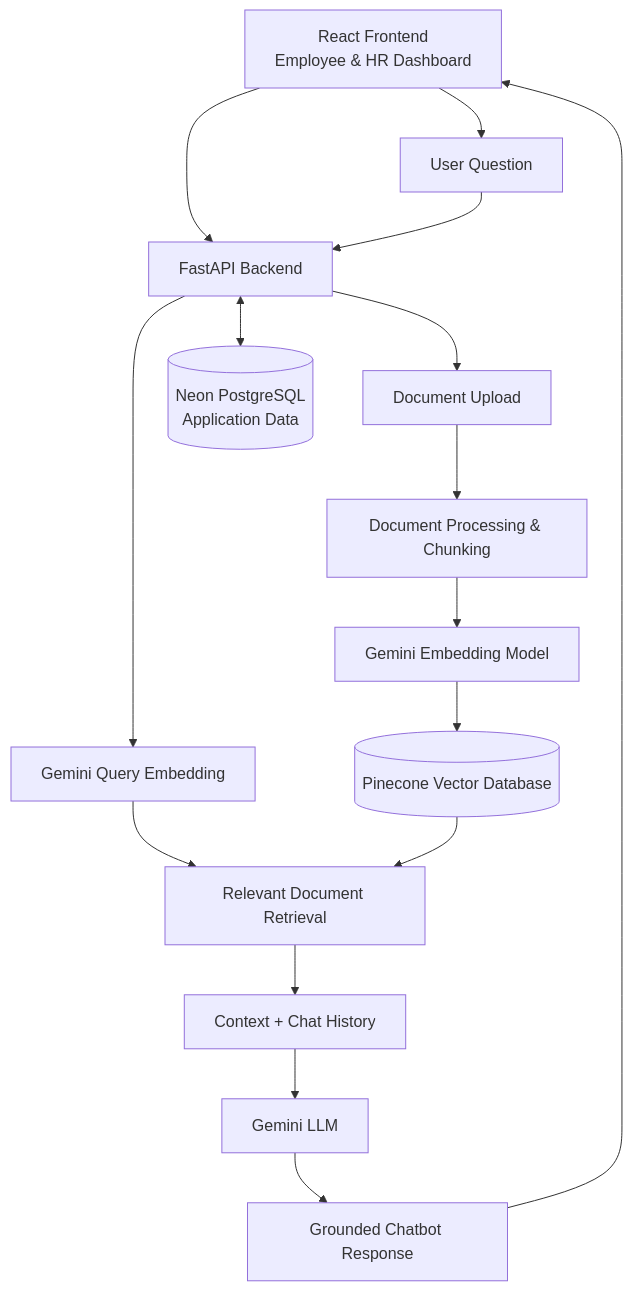
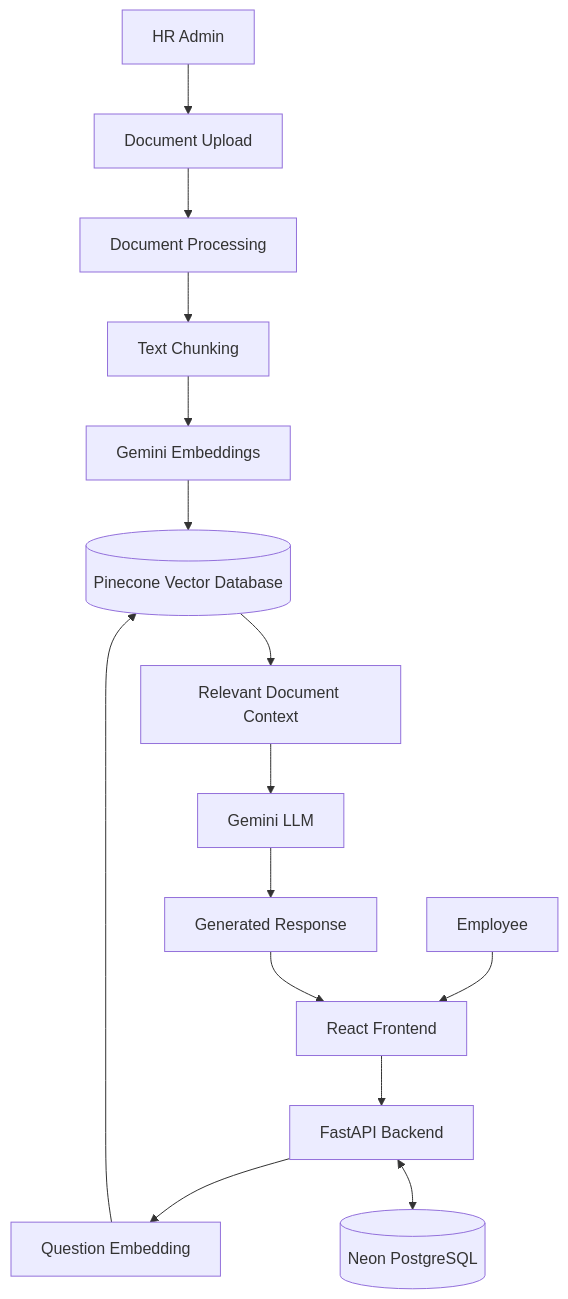
Before and after one commit to sabahatliaqat/HR-Chatbot: the diagram in README.md, drawn with Mermaid. The commit also changed other lines of this file, not shown here.

````diff
--- a/README.md
+++ b/README.md
@@ -60,34 +68,19 @@
 ```mermaid
 flowchart TD
-    A["React Frontend<br/>Employee & HR Dashboard"]
-    B["FastAPI Backend"]
-    C["Document Upload"]
-    D["Document Processing & Chunking"]
-    E["Gemini Embedding Model"]
-    F[("Pinecone Vector Database")]
-    G["User Question"]
-    H["Gemini Query Embedding"]
-    I["Relevant Document Retrieval"]
-    J["Context + Chat History"]
-    K["Gemini LLM"]
-    L["Grounded Chatbot Response"]
-    M[("Neon PostgreSQL<br/>Application Data")]
+    A[HR Admin] --> B[Document Upload]
+    B --> C[Document Processing]
+    C --> D[Text Chunking]
+    D --> E[Gemini Embeddings]
+    E --> F[(Pinecone Vector Database)]
 
-    A --> B
-    B --> C
-    C --> D
-    D --> E
-    E --> F
+    G[Employee] --> H[React Frontend]
+    H --> I[FastAPI Backend]
+    I --> J[Question Embedding]
+    J --> F
+    F --> K[Relevant Document Context]
+    K --> L[Gemini LLM]
+    L --> M[Generated Response]
+    M --> H
 
-    A --> G
-    G --> B
-    B --> H
-    H --> I
-    F --> I
-    I --> J
-    J --> K
-    K --> L
-    L --> A
-
-    B <--> M
+    I <--> N[(Neon PostgreSQL)]
 ```
````
